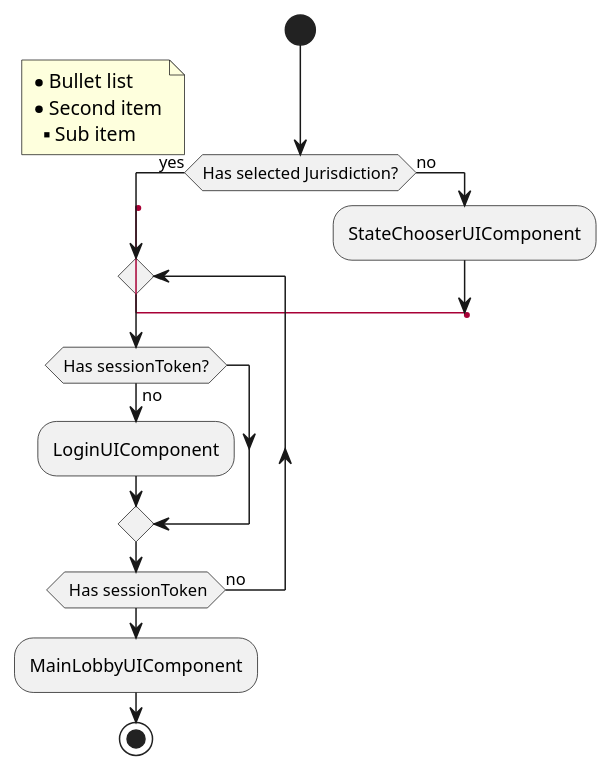
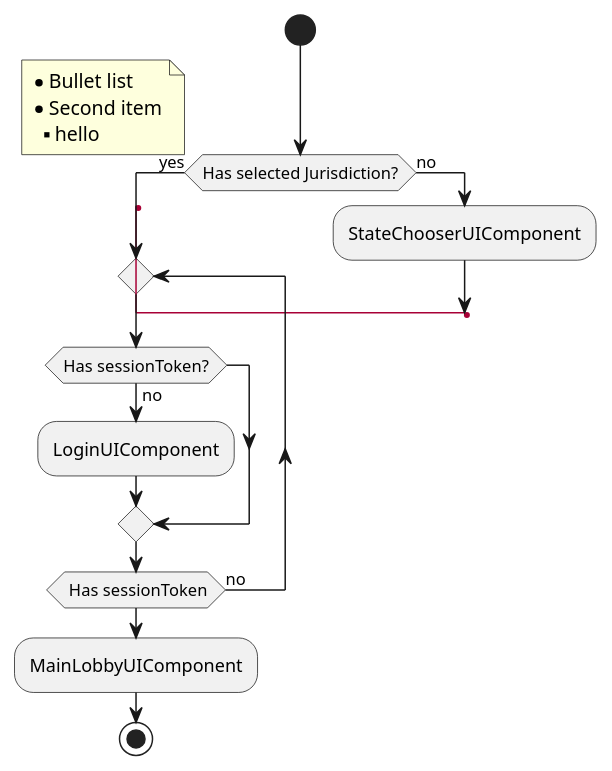
Before and after one commit to palainteractivedev/umlmodels: the diagram in uml/login2.puml, drawn with PlantUML.

```diff
--- a/uml/login2.puml
+++ b/uml/login2.puml
@@ -1,23 +1,23 @@
 @startuml
 
 start
 if (Has selected Jurisdiction?) then (yes)
   label lbl_login
   repeat
     if (Has sessionToken?) then (no)
       :LoginUIComponent;
     endif
   repeat while( Has sessionToken) is (no)
   :MainLobbyUIComponent;
   stop
 else (no)
   :StateChooserUIComponent;
   goto lbl_login
 endif
 note left
   * Bullet list
   * Second item
-  ** Sub item
+  ** hello
 end note
 
 @enduml
```
